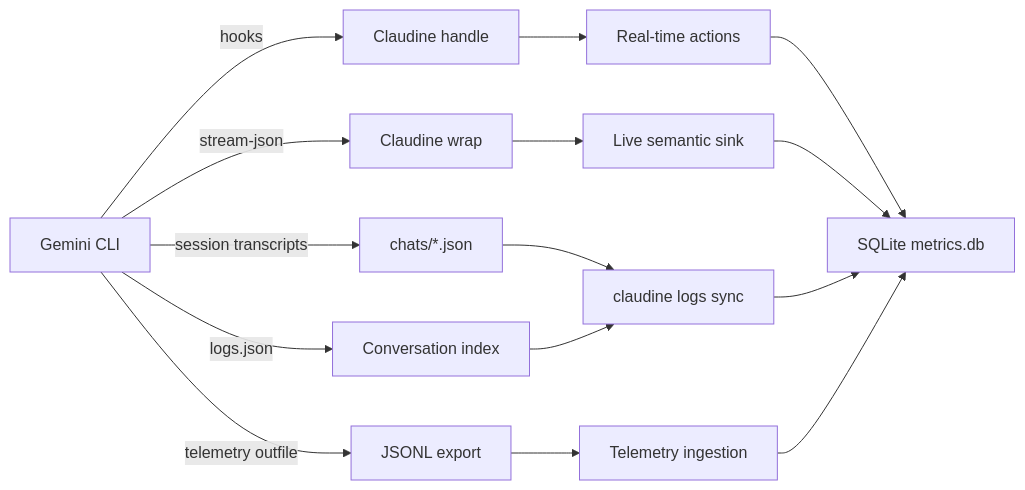
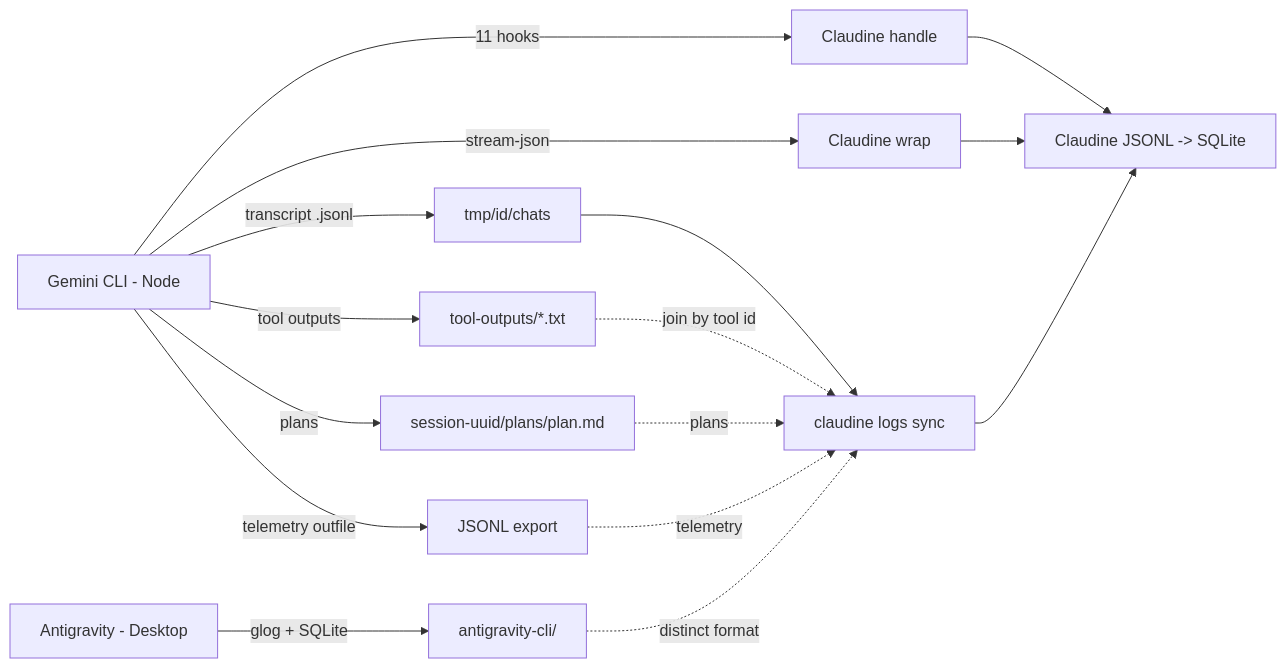
Before and after one commit to yankeeinlondon/rusty-biscuit: the diagram in claudine/docs/research/agent-logging/gemini.md, drawn with Mermaid. The commit also changed other lines of this file and 11 other files, not shown here.

First line of the commit message:
docs(claudine): restructure agent-logging research with sidecar schema

````diff
--- a/claudine/docs/research/agent-logging/gemini.md
+++ b/claudine/docs/research/agent-logging/gemini.md
@@ -520,17 +814,18 @@
 ```mermaid
 flowchart LR
-    A[Gemini CLI] -->|hooks| B[Claudine handle]
+    A[Gemini CLI - Node] -->|11 hooks| B[Claudine handle]
     A -->|stream-json| C[Claudine wrap]
-    A -->|session transcripts| D[chats/*.json]
-    A -->|telemetry outfile| E[JSONL export]
-    A -->|logs.json| F[Conversation index]
-    B --> G[Real-time actions]
-    C --> H[Live semantic sink]
-    D --> I[claudine logs sync]
-    E --> J[Telemetry ingestion]
-    F --> I
-    G --> K[SQLite metrics.db]
-    H --> K
-    I --> K
-    J --> K
+    A -->|transcript .jsonl| D[tmp/id/chats]
+    A -->|tool outputs| E[tool-outputs/*.txt]
+    A -->|plans| F[session-uuid/plans/plan.md]
+    A -->|telemetry outfile| G[JSONL export]
+    A2[Antigravity - Desktop] -->|glog + SQLite| H[antigravity-cli/]
+    B --> I[Claudine JSONL -> SQLite]
+    C --> I
+    D --> J[claudine logs sync]
+    E -.join by tool id.-> J
+    F -.plans.-> J
+    G -.telemetry.-> J
+    J --> I
+    H -.distinct format.-> J
 ```
````
